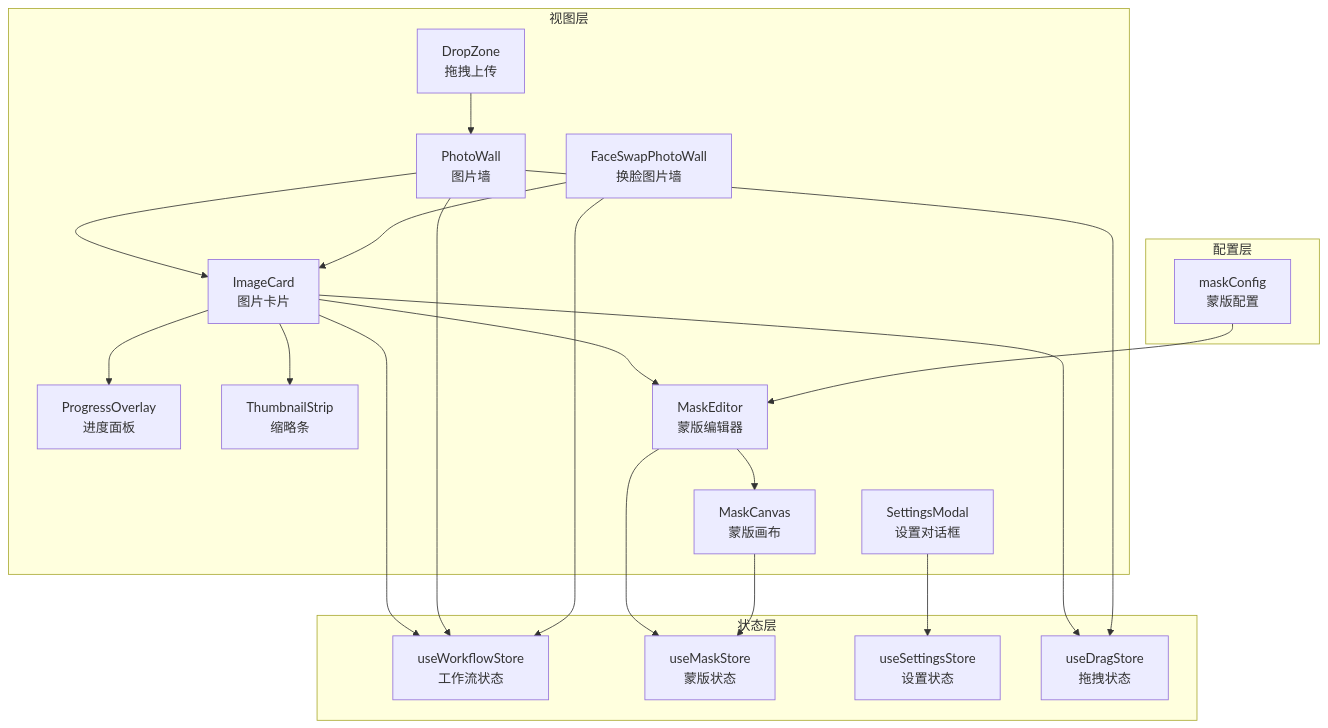
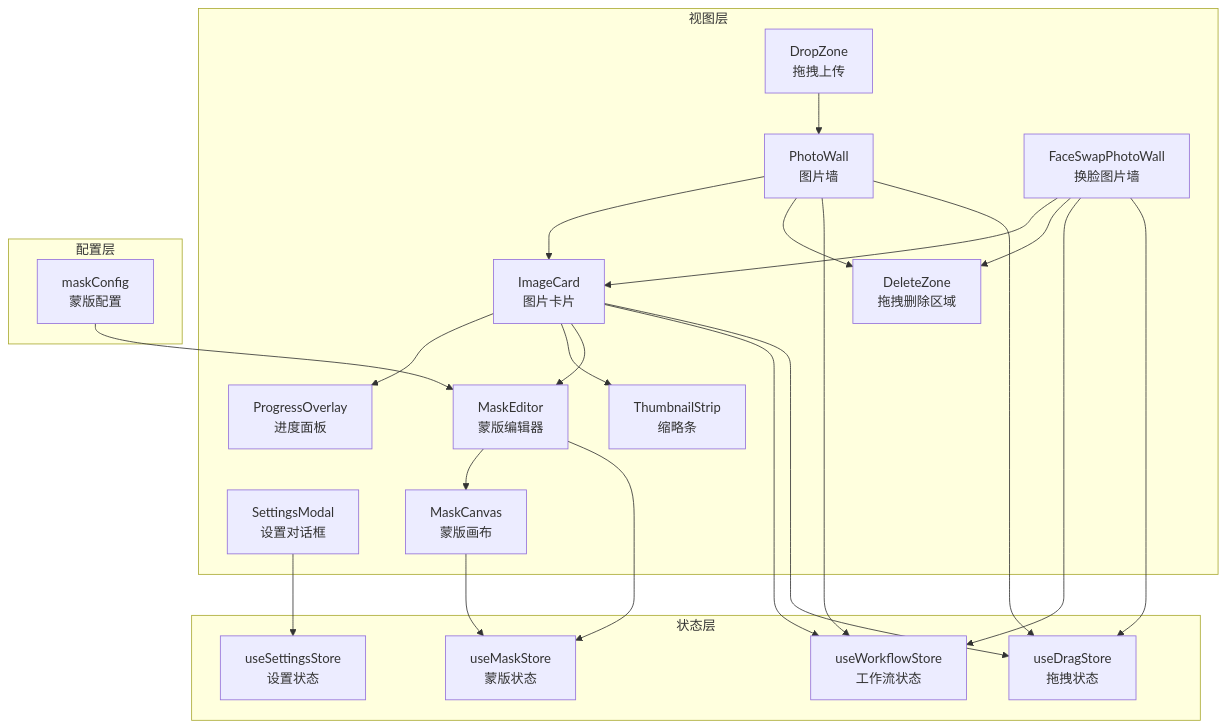
One commit to billye220670/CorineKit_Pix2Real changed the first of 12 diagrams in .qoder/repowiki/zh/content/用户界面组件/用户界面组件.md. Above: the diagram before and after it, drawn with Mermaid. The commit also changed other lines of this file and 54 other files, not shown here.

First line of the commit message:
feat: 模型下拉菜单元数据管理（缩略图+重命名）及session mask恢复优化

````diff
--- a/.qoder/repowiki/zh/content/用户界面组件/用户界面组件.md
+++ b/.qoder/repowiki/zh/content/用户界面组件/用户界面组件.md
@@ -47,39 +54,43 @@
 ```mermaid
 graph TB
 subgraph "视图层"
 PW["PhotoWall<br/>图片墙"]
 DZ["DropZone<br/>拖拽上传"]
 PO["ProgressOverlay<br/>进度面板"]
 SM["SettingsModal<br/>设置对话框"]
 IC["ImageCard<br/>图片卡片"]
 FSPW["FaceSwapPhotoWall<br/>换脸图片墙"]
 TS["ThumbnailStrip<br/>缩略条"]
 ME["MaskEditor<br/>蒙版编辑器"]
 MC["MaskCanvas<br/>蒙版画布"]
+DDZ["DeleteZone<br/>拖拽删除区域"]
 end
 subgraph "状态层"
 WFS["useWorkflowStore<br/>工作流状态"]
 MS["useMaskStore<br/>蒙版状态"]
 SS["useSettingsStore<br/>设置状态"]
 DS["useDragStore<br/>拖拽状态"]
 end
 subgraph "配置层"
 MCfg["maskConfig<br/>蒙版配置"]
 end
 PW --> IC
+PW --> DDZ
 IC --> PO
 IC --> TS
 IC --> ME
 ME --> MC
 FSPW --> IC
+FSPW --> DDZ
 DZ --> PW
 SM --> SS
 IC --> WFS
 PW --> WFS
 FSPW --> WFS
 ME --> MS
 MC --> MS
 IC --> DS
 PW --> DS
+FSPW --> DS
 MCfg --> ME
 ```
````
